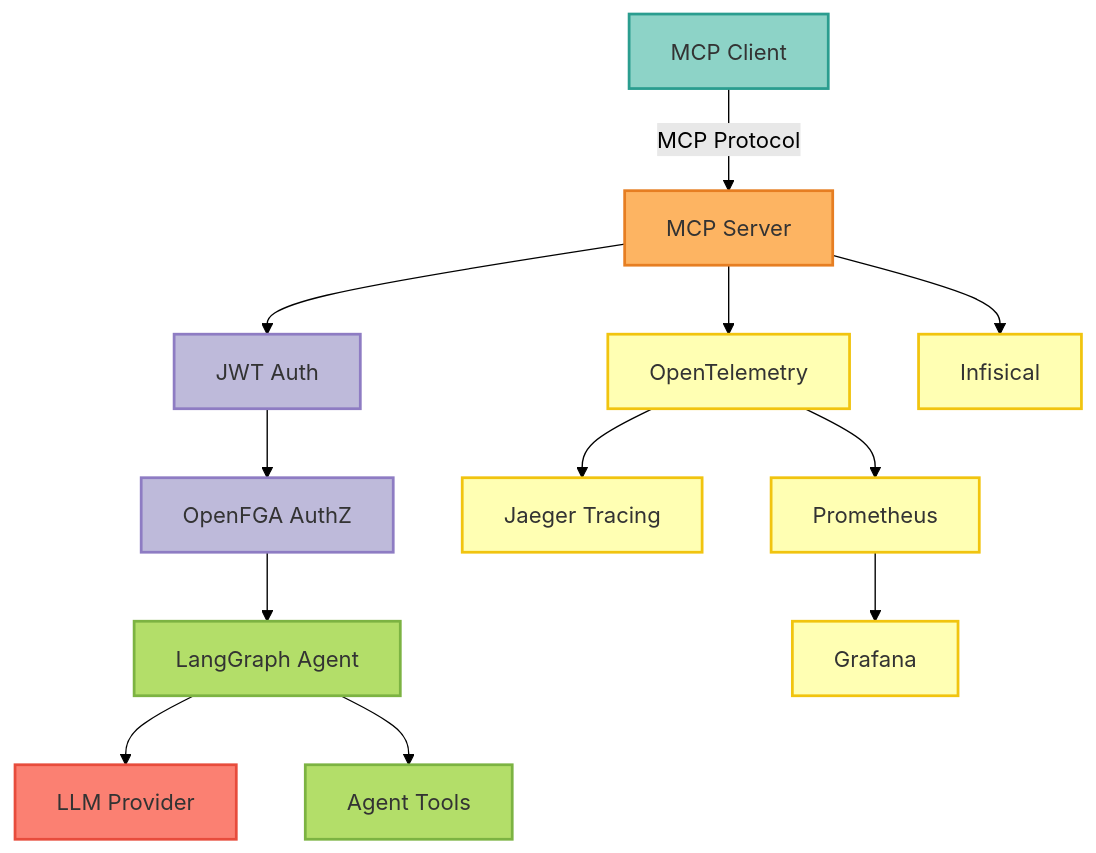
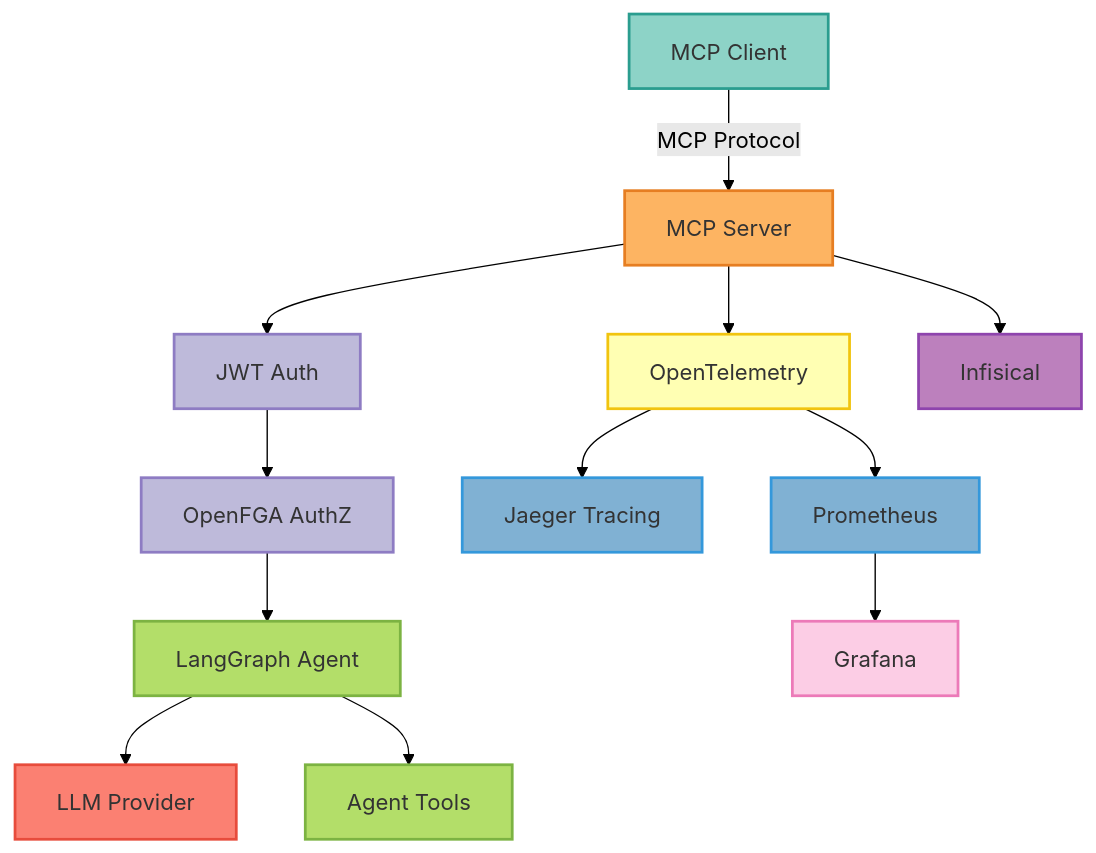
The diagram in docs/getting-started/introduction.mdx (vishnu2kmohan/mcp-server-langgraph), drawn with Mermaid (forest theme) before and after one commit. The commit also changed 6 other files, not shown here.

First line of the commit message:
style: ensure unique colors for distinct node types across all diagrams

````diff
--- a/docs/getting-started/introduction.mdx
+++ b/docs/getting-started/introduction.mdx
@@ -87,29 +87,35 @@
 ```mermaid
 graph TB
     Client[MCP Client] -->|MCP Protocol| Server[MCP Server]
     Server --> Auth[JWT Auth]
     Auth --> AuthZ[OpenFGA AuthZ]
     AuthZ --> Agent[LangGraph Agent]
     Agent --> LLM[LLM Provider]
     Agent --> Tools[Agent Tools]
     Server --> Otel[OpenTelemetry]
     Otel --> Jaeger[Jaeger Tracing]
     Otel --> Prom[Prometheus]
     Prom --> Grafana[Grafana]
     Server --> Secrets[Infisical]
 
-    %% ColorBrewer2 Set3 palette styling
+    %% ColorBrewer2 Set3 palette styling - unique colors per node type
     classDef clientStyle fill:#8dd3c7,stroke:#2a9d8f,stroke-width:2px,color:#333
     classDef serverStyle fill:#fdb462,stroke:#e67e22,stroke-width:2px,color:#333
     classDef authStyle fill:#bebada,stroke:#8e7cc3,stroke-width:2px,color:#333
     classDef agentStyle fill:#b3de69,stroke:#7cb342,stroke-width:2px,color:#333
     classDef llmStyle fill:#fb8072,stroke:#e74c3c,stroke-width:2px,color:#333
-    classDef obsStyle fill:#ffffb3,stroke:#f1c40f,stroke-width:2px,color:#333
+    classDef telemetryStyle fill:#ffffb3,stroke:#f1c40f,stroke-width:2px,color:#333
+    classDef backendStyle fill:#80b1d3,stroke:#3498db,stroke-width:2px,color:#333
+    classDef dashboardStyle fill:#fccde5,stroke:#ec7ab8,stroke-width:2px,color:#333
+    classDef secretsStyle fill:#bc80bd,stroke:#8e44ad,stroke-width:2px,color:#333
 
     class Client clientStyle
     class Server serverStyle
     class Auth,AuthZ authStyle
     class Agent,Tools agentStyle
     class LLM llmStyle
-    class Otel,Jaeger,Prom,Grafana,Secrets obsStyle
+    class Otel telemetryStyle
+    class Jaeger,Prom backendStyle
+    class Grafana dashboardStyle
+    class Secrets secretsStyle
 ```
````
